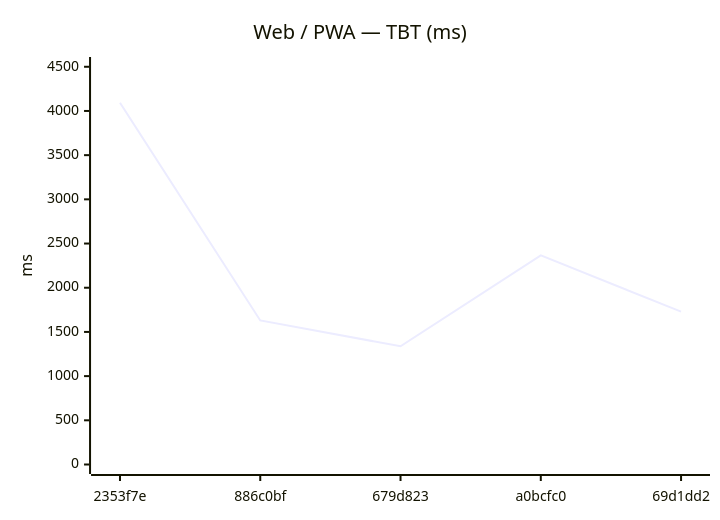
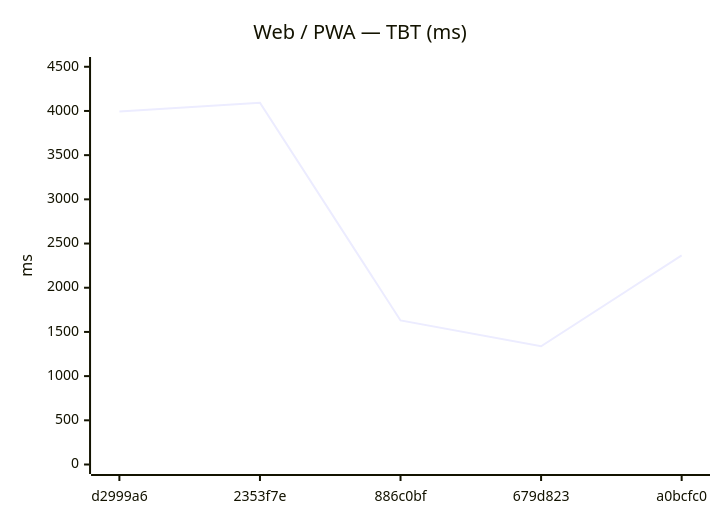
Before and after one commit to Metaheurist/Rianell: the sixth of 12 diagrams in benchmarks/compare.md, drawn with Mermaid. The commit also changed other lines of this file and 8 other files, not shown here.

````diff
--- a/benchmarks/compare.md
+++ b/benchmarks/compare.md
@@ -89,7 +89,7 @@
 ```mermaid
 xychart-beta
     title "Web / PWA — TBT (ms)"
-    x-axis ["2353f7e", "886c0bf", "679d823", "a0bcfc0", "69d1dd2"]
+    x-axis ["d2999a6", "2353f7e", "886c0bf", "679d823", "a0bcfc0"]
     y-axis "ms" 0 --> 4503
-    line [4093, 1630, 1338, 2366, 1729]
+    line [3994, 4093, 1630, 1338, 2366]
 ```
````
